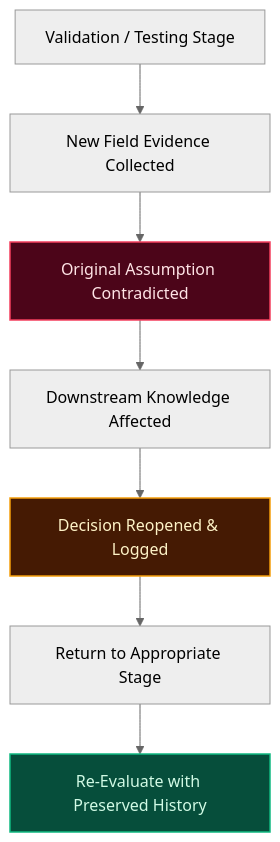
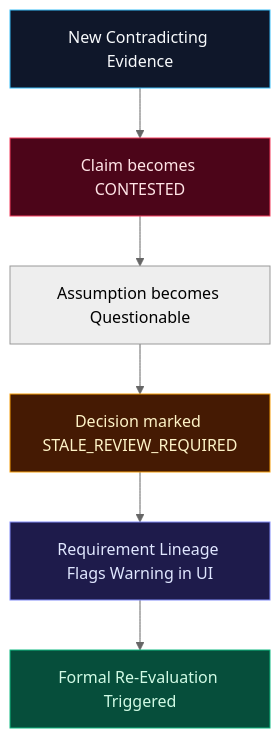
Before and after one commit to markalvincadangin/CONVERA: the second of 3 diagrams in docs/CONVERA_MASTER_ARCHITECTURE.md, drawn with Mermaid (neutral theme). The commit also changed other lines of this file and 1 other file, not shown here.

First line of the commit message:
docs(architecture): synchronize Master Architecture and CIIA with implemented reality

````diff
--- a/docs/CONVERA_MASTER_ARCHITECTURE.md
+++ b/docs/CONVERA_MASTER_ARCHITECTURE.md
@@ -256,13 +211,14 @@
 ```mermaid
 graph TD
-    VAL["Validation / Testing Stage"] --> NE["New Field Evidence Collected"]
-    NE --> AC["Original Assumption Contradicted"]
-    AC --> DK["Downstream Knowledge Affected"]
-    DK --> DR["Decision Reopened & Logged"]
-    DR --> RT["Return to Appropriate Stage"]
-    RT --> RE["Re-Evaluate with Preserved History"]
+    NE["New Contradicting Evidence"] --> CC["Claim becomes CONTESTED"]
+    CC --> QA["Assumption becomes Questionable"]
+    QA --> SD["Decision marked STALE_REVIEW_REQUIRED"]
+    SD --> RL["Requirement Lineage Flags Warning in UI"]
+    RL --> REV["Formal Re-Evaluation Triggered"]
 
-    style AC fill:#4c0519,stroke:#f43f5e,stroke-width:1.5px,color:#ffe4e6
-    style DR fill:#451a03,stroke:#f59e0b,stroke-width:1.5px,color:#fef3c7
-    style RE fill:#064e3b,stroke:#10b981,stroke-width:1.5px,color:#d1fae5
+    style NE fill:#0f172a,stroke:#38bdf8,color:#f8fafc
+    style CC fill:#4c0519,stroke:#f43f5e,color:#ffe4e6
+    style SD fill:#451a03,stroke:#f59e0b,color:#fef3c7
+    style RL fill:#1e1b4b,stroke:#818cf8,color:#e0e7ff
+    style REV fill:#064e3b,stroke:#10b981,color:#d1fae5
 ```
````
